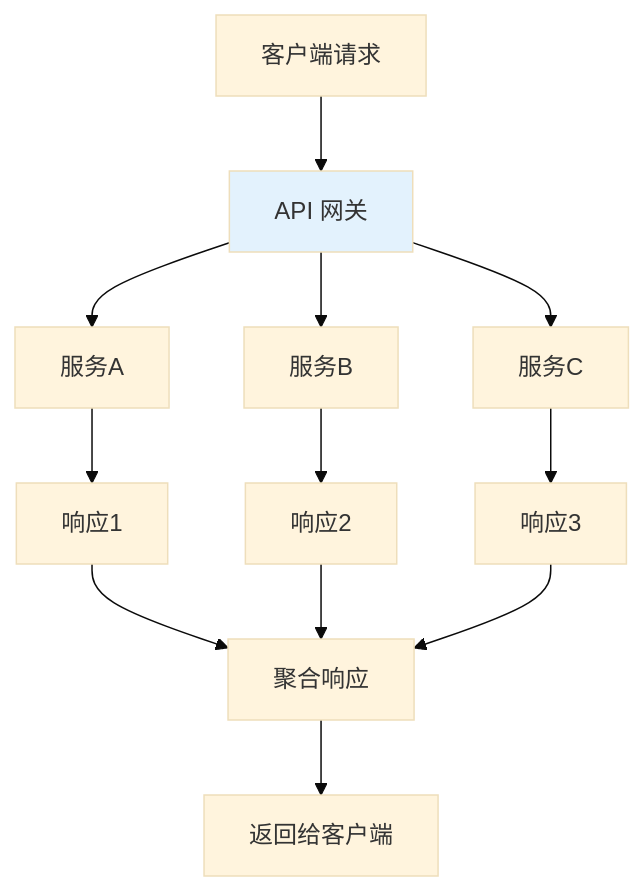
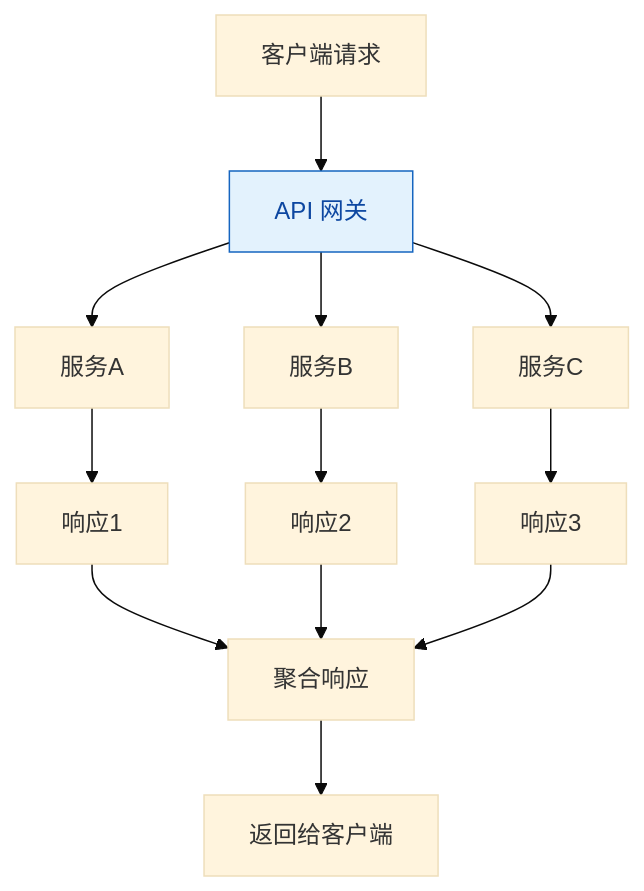
Before and after one commit to FreezeSoul/freezesoul.github.com: diagram 16 of 23 in _posts/2018-12-11-microservices-architecture.md, drawn with Mermaid (base theme). The commit also changed other lines of this file and 9 other files, not shown here.

Commit message:
修正mermaid配色与要求

````diff
--- a/_posts/2018-12-11-microservices-architecture.md
+++ b/_posts/2018-12-11-microservices-architecture.md
@@ -615,16 +615,16 @@
 ```mermaid
 graph TD
     A[客户端请求] --> B[API 网关]
     B --> C[服务A]
     B --> D[服务B]
     B --> E[服务C]
     C --> F[响应1]
     D --> G[响应2]
     E --> H[响应3]
     F --> I[聚合响应]
     G --> I
     H --> I
     I --> J[返回给客户端]
 
-    style B fill:#e3f2fd
+    style B fill:#e3f2fd,stroke:#1565c0,color:#0d47a1
 ```
````
